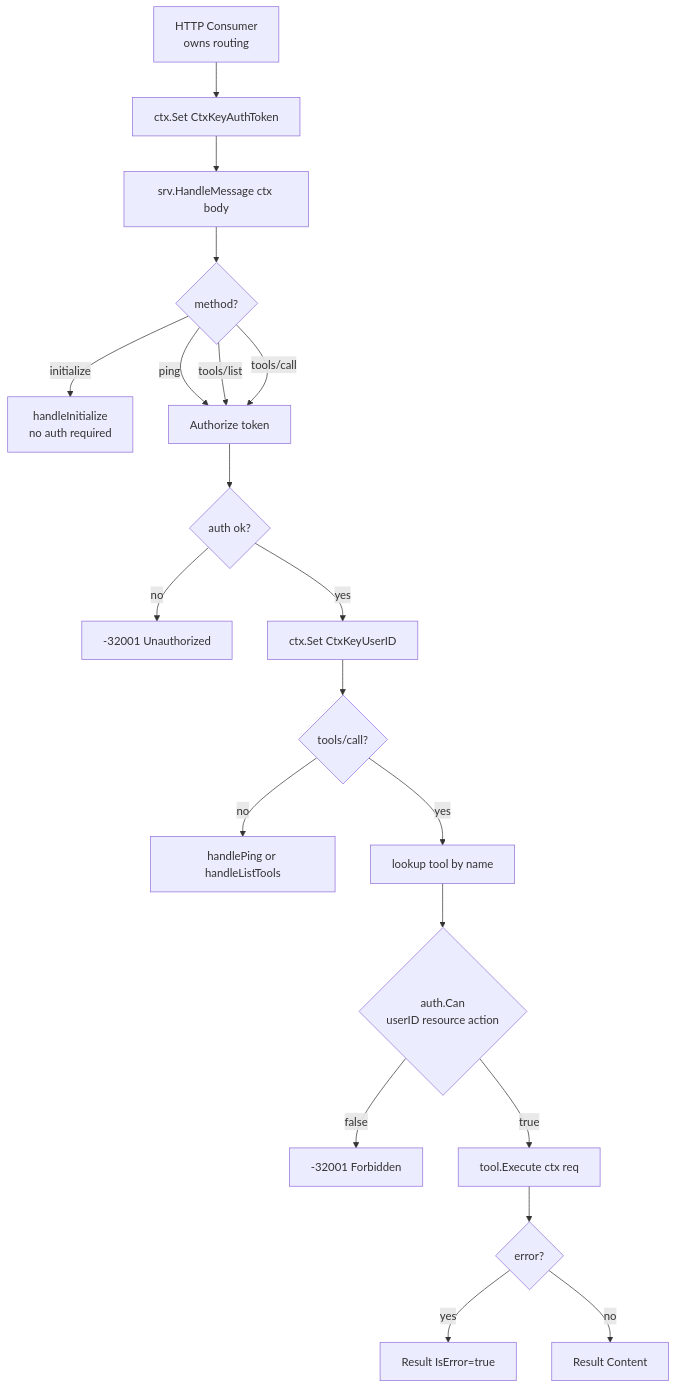
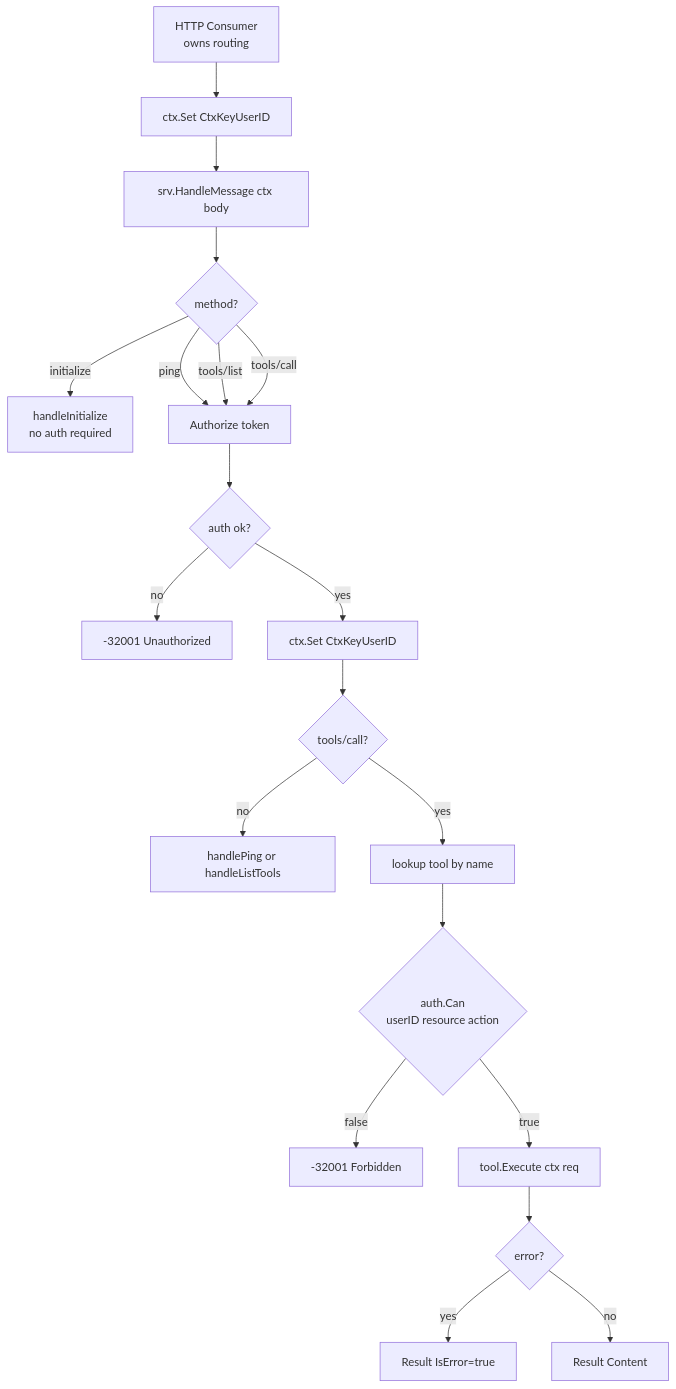
The diagram in docs/diagrams/request_flow.md (tinywasm/mcp), drawn with Mermaid before and after one commit. The commit also changed 18 other files, not shown here.

````diff
--- a/docs/diagrams/request_flow.md
+++ b/docs/diagrams/request_flow.md
@@ -3,22 +3,22 @@
 ```mermaid
 flowchart TD
-    A[HTTP Consumer<br/>owns routing] --> B[ctx.Set CtxKeyAuthToken]
+    A[HTTP Consumer<br/>owns routing] --> B[ctx.Set CtxKeyUserID]
     B --> C[srv.HandleMessage ctx body]
     C --> D{method?}
     D -->|initialize| E[handleInitialize<br/>no auth required]
     D -->|ping| F[Authorize token]
     D -->|tools/list| F
     D -->|tools/call| F
     F --> G{auth ok?}
     G -->|no| H[-32001 Unauthorized]
     G -->|yes| I[ctx.Set CtxKeyUserID]
     I --> J{tools/call?}
     J -->|no| K[handlePing or handleListTools]
     J -->|yes| L[lookup tool by name]
     L --> M{auth.Can<br/>userID resource action}
     M -->|false| N[-32001 Forbidden]
     M -->|true| O[tool.Execute ctx req]
     O --> P{error?}
     P -->|yes| Q[Result IsError=true]
     P -->|no| R[Result Content]
 ```
````
